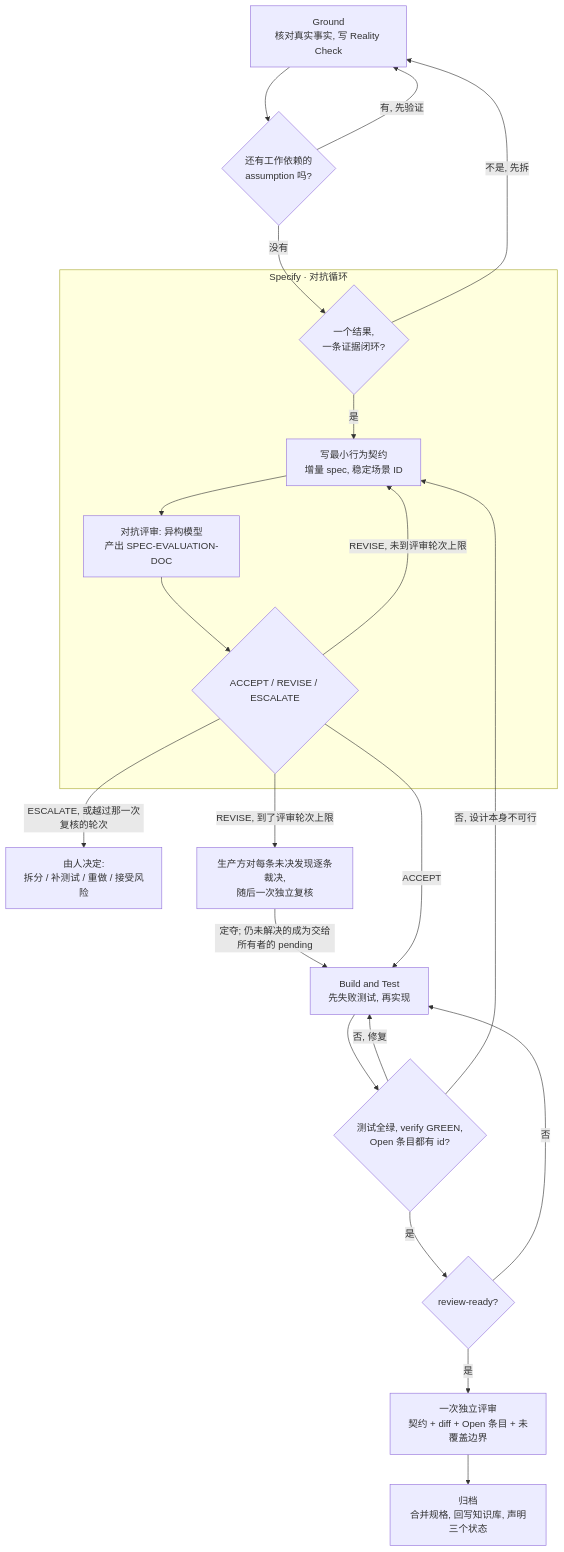
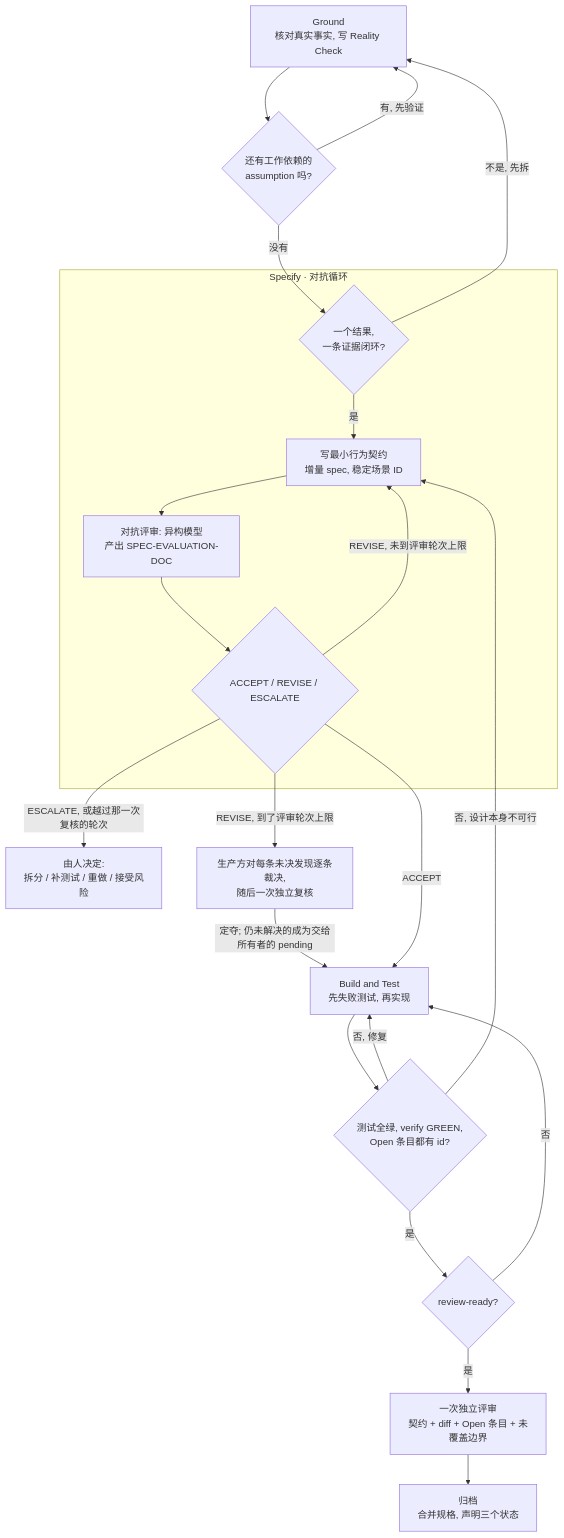
One commit to Apriorhythm/apriori-spec-development changed the diagram in docs/concepts_cn.md. Above: the diagram before and after it, drawn with Mermaid. The commit also changed other lines of this file and 41 other files, not shown here.

````diff
--- a/docs/concepts_cn.md
+++ b/docs/concepts_cn.md
@@ -293,27 +291,27 @@
 ```mermaid
 graph TD
     B[Ground<br/>核对真实事实, 写 Reality Check]
     B --> B2{还有工作依赖的<br/>assumption 吗?}
     B2 -- 有, 先验证 --> B
     B2 -- 没有 --> C0{一个结果,<br/>一条证据闭环?}
     C0 -- 不是, 先拆 --> B
 
     subgraph S1[Specify · 对抗循环]
         C0 -- 是 --> C[写最小行为契约<br/>增量 spec, 稳定场景 ID]
         C --> D[对抗评审: 异构模型<br/>产出 SPEC-EVALUATION-DOC]
         D --> D2{ACCEPT / REVISE / ESCALATE}
         D2 -- REVISE, 未到评审轮次上限 --> C
     end
 
     D2 -- ESCALATE, 或越过那一次复核的轮次 --> X[由人决定:<br/>拆分 / 补测试 / 重做 / 接受风险]
     D2 -- REVISE, 到了评审轮次上限 --> RR[生产方对每条未决发现逐条裁决,<br/>随后一次独立复核]
     RR -- 定夺; 仍未解决的成为交给所有者的 pending --> H
     D2 -- ACCEPT --> H[Build and Test<br/>先失败测试, 再实现]
     H --> H2{测试全绿, verify GREEN,<br/>Open 条目都有 id?}
     H2 -- 否, 修复 --> H
     H2 -- 否, 设计本身不可行 --> C
     H2 -- 是 --> R{review-ready?}
     R -- 否 --> H
     R -- 是 --> RV[一次独立评审<br/>契约 + diff + Open 条目 + 未覆盖边界]
-    RV --> I[归档<br/>合并规格, 回写知识库, 声明三个状态]
+    RV --> I[归档<br/>合并规格, 声明三个状态]
 ```
````
